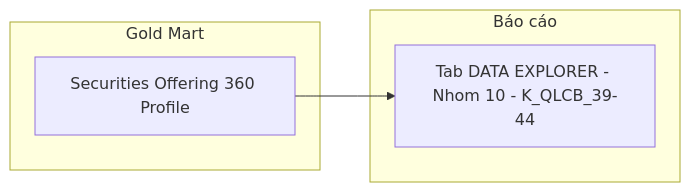
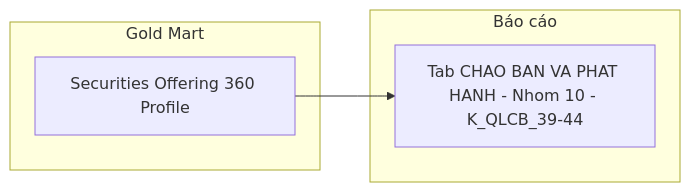
Diagram 12 of 14 in Gold/hld/GOLD_QLCB_HLD.md (linhlvit/ubck_atomic_design), drawn with Mermaid before and after one commit. The commit also changed other lines of this file, not shown here.

Commit message:
update HLD QLCB

````diff
--- a/Gold/hld/GOLD_QLCB_HLD.md
+++ b/Gold/hld/GOLD_QLCB_HLD.md
@@ -802,10 +652,10 @@
 ```mermaid
 flowchart LR
     subgraph GOLD["Gold Mart"]
         G1["Securities Offering 360 Profile"]
     end
     subgraph RPT["Báo cáo"]
-        R10["Tab DATA EXPLORER - Nhom 10 - K_QLCB_39-44"]
+        R10["Tab CHAO BAN VA PHAT HANH - Nhom 10 - K_QLCB_39-44"]
     end
     G1 --> R10
 ```
````
